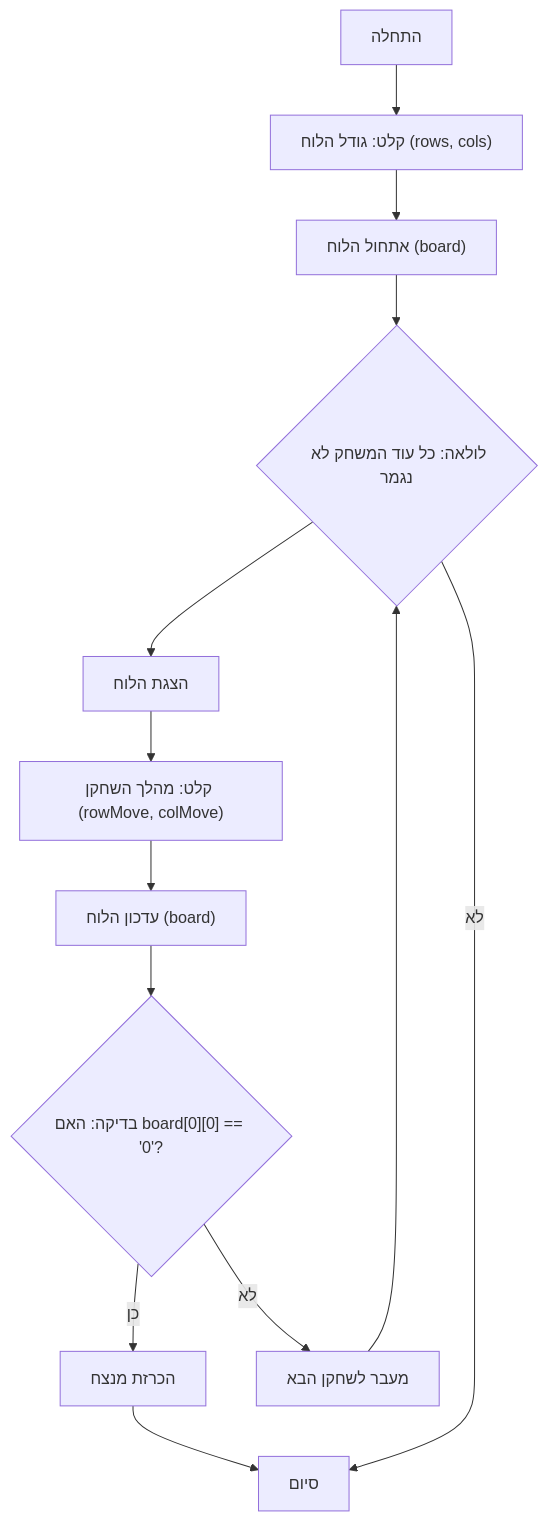
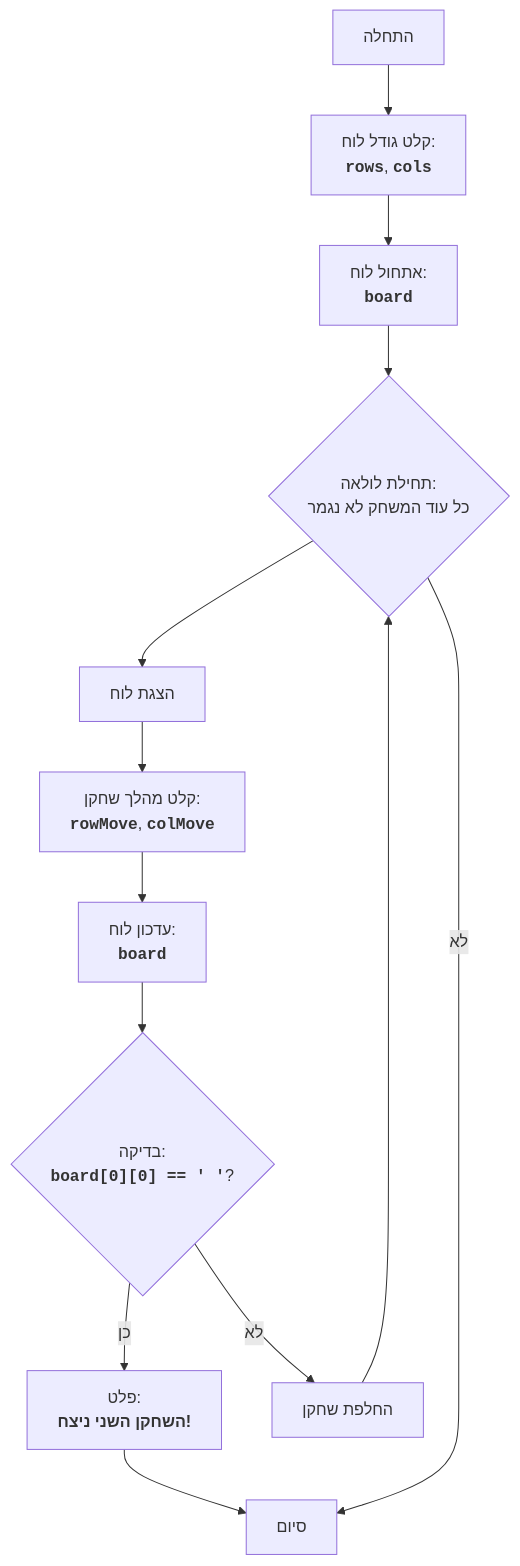
Before and after one commit to hypo69/hypo: the diagram in docs/gemini/he/explainer/src/endpoints/ai_games/101_basic_computer_games/ru/GAMES/CHOMP/README.MD.md, drawn with Mermaid. The commit also changed other lines of this file and 885 other files, not shown here.

````diff
--- a/docs/gemini/he/explainer/src/endpoints/ai_games/101_basic_computer_games/ru/GAMES/CHOMP/README.MD.md
+++ b/docs/gemini/he/explainer/src/endpoints/ai_games/101_basic_computer_games/ru/GAMES/CHOMP/README.MD.md
@@ -60,16 +38,15 @@
 ```mermaid
 flowchart TD
-    Start["התחלה"] --> InputBoardSize["קלט: גודל הלוח (rows, cols)"]
-    InputBoardSize --> InitializeBoard["אתחול הלוח (board)"]
-    InitializeBoard --> LoopStart{"לולאה: כל עוד המשחק לא נגמר"}
-    LoopStart --> DisplayBoard["הצגת הלוח"]
-    DisplayBoard --> InputMove["קלט: מהלך השחקן (rowMove, colMove)"]
-    InputMove --> UpdateBoard["עדכון הלוח (board)"]
-    UpdateBoard --> CheckWin{"בדיקה: האם board[0][0] == '0'?"}
-    CheckWin -- כן --> OutputWinner["הכרזת מנצח"]
+    Start["התחלה"] --> InputBoardSize["קלט גודל לוח: <br><code><b>rows</b></code>, <code><b>cols</b></code>"]
+    InputBoardSize --> InitializeBoard["אתחול לוח: <br><code><b>board</b></code>"]
+    InitializeBoard --> LoopStart{"תחילת לולאה: <br>כל עוד המשחק לא נגמר"}
+    LoopStart --> DisplayBoard["הצגת לוח"]
+    DisplayBoard --> InputMove["קלט מהלך שחקן: <br><code><b>rowMove</b></code>, <code><b>colMove</b></code>"]
+    InputMove --> UpdateBoard["עדכון לוח: <br><code><b>board</b></code>"]
+    UpdateBoard --> CheckWin{"בדיקה: <br><code><b>board[0][0] == ' '</b></code>?"}
+    CheckWin -- כן --> OutputWinner["פלט: <br><b>השחקן השני ניצח!</b>"]
     OutputWinner --> End["סיום"]
-    CheckWin -- לא --> SwitchPlayer["מעבר לשחקן הבא"]
+    CheckWin -- לא --> SwitchPlayer["החלפת שחקן"]
     SwitchPlayer --> LoopStart
-     LoopStart -- לא --> End
-    
+    LoopStart -- לא --> End
 ```
````
